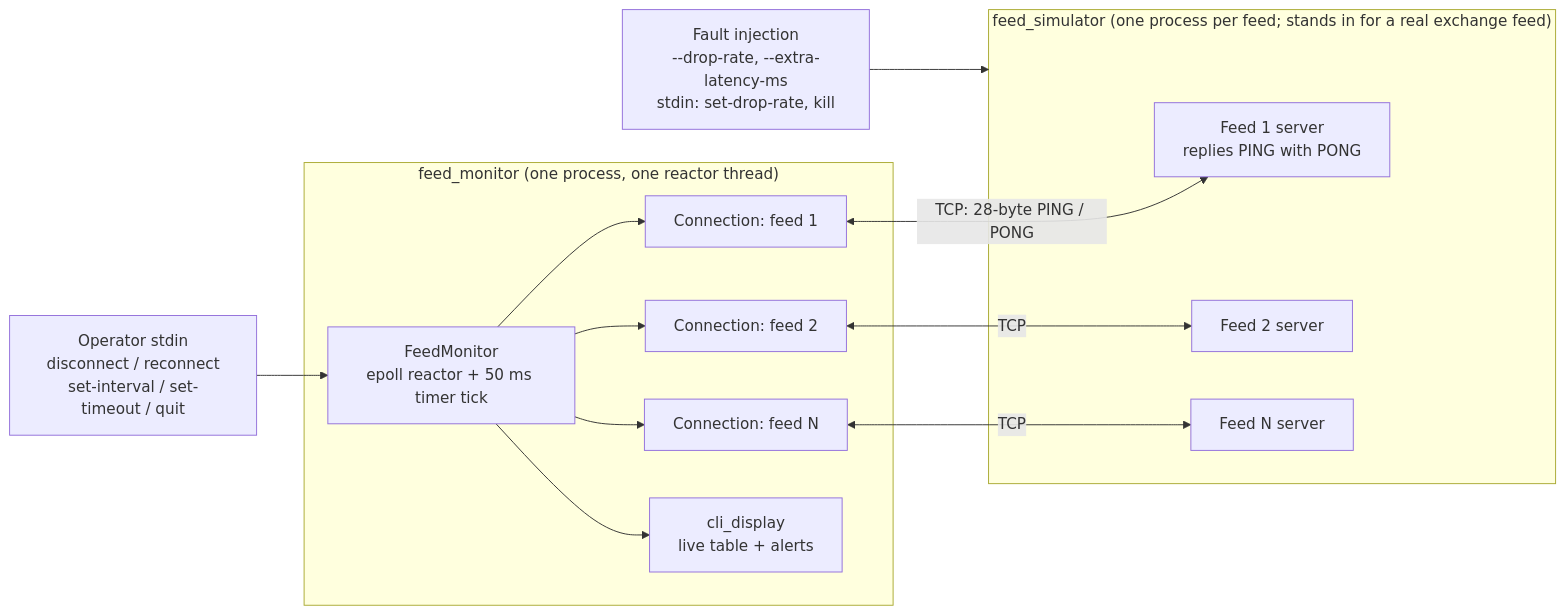
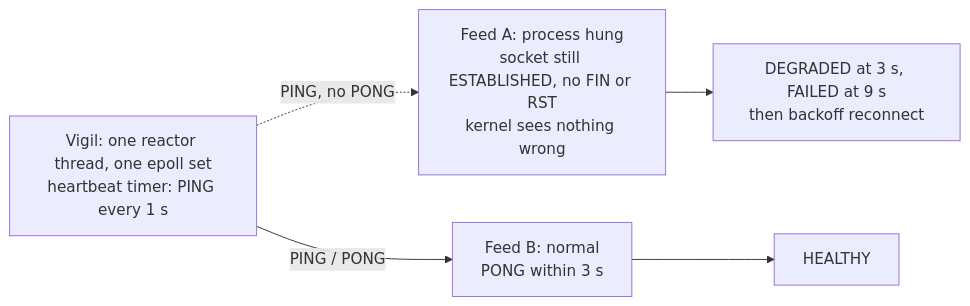
The first of 2 diagrams in README.md (Shri2909/Vigil-Low-latency-TCP-heartbeat-monitor), drawn with Mermaid before and after one commit. The commit also changed other lines of this file and 4 other files, not shown here.

First line of the commit message:
Rewrite README, ARCHITECTURE and METHODOLOGY for a quick read

````diff
--- a/README.md
+++ b/README.md
@@ -31,30 +22,12 @@
 ```mermaid
 flowchart LR
-    OP["Operator stdin<br/>disconnect / reconnect<br/>set-interval / set-timeout / quit"]
-
-    subgraph MON["feed_monitor (one process, one reactor thread)"]
-        REACTOR["FeedMonitor<br/>epoll reactor + 50 ms timer tick"]
-        C1["Connection: feed 1"]
-        C2["Connection: feed 2"]
-        C3["Connection: feed N"]
-        DISP["cli_display<br/>live table + alerts"]
-        REACTOR --> C1
-        REACTOR --> C2
-        REACTOR --> C3
-        REACTOR --> DISP
-    end
-
-    subgraph SIM["feed_simulator (one process per feed; stands in for a real exchange feed)"]
-        S1["Feed 1 server<br/>replies PING with PONG"]
-        S2["Feed 2 server"]
-        S3["Feed N server"]
-    end
-
-    FAULT["Fault injection<br/>--drop-rate, --extra-latency-ms<br/>stdin: set-drop-rate, kill"]
-
-    OP --> REACTOR
-    C1 <-->|"TCP: 28-byte PING / PONG"| S1
-    C2 <-->|TCP| S2
-    C3 <-->|TCP| S3
-    FAULT --> SIM
+    T["Vigil: one reactor thread, one epoll set<br/>heartbeat timer: PING every 1 s"]
+    A["Feed A: process hung<br/>socket still ESTABLISHED, no FIN or RST<br/>kernel sees nothing wrong"]
+    B["Feed B: normal<br/>PONG within 3 s"]
+    D["DEGRADED at 3 s, FAILED at 9 s<br/>then backoff reconnect"]
+    H["HEALTHY"]
+    T -. "PING, no PONG" .-> A
+    T -- "PING / PONG" --> B
+    A --> D
+    B --> H
 ```
````
